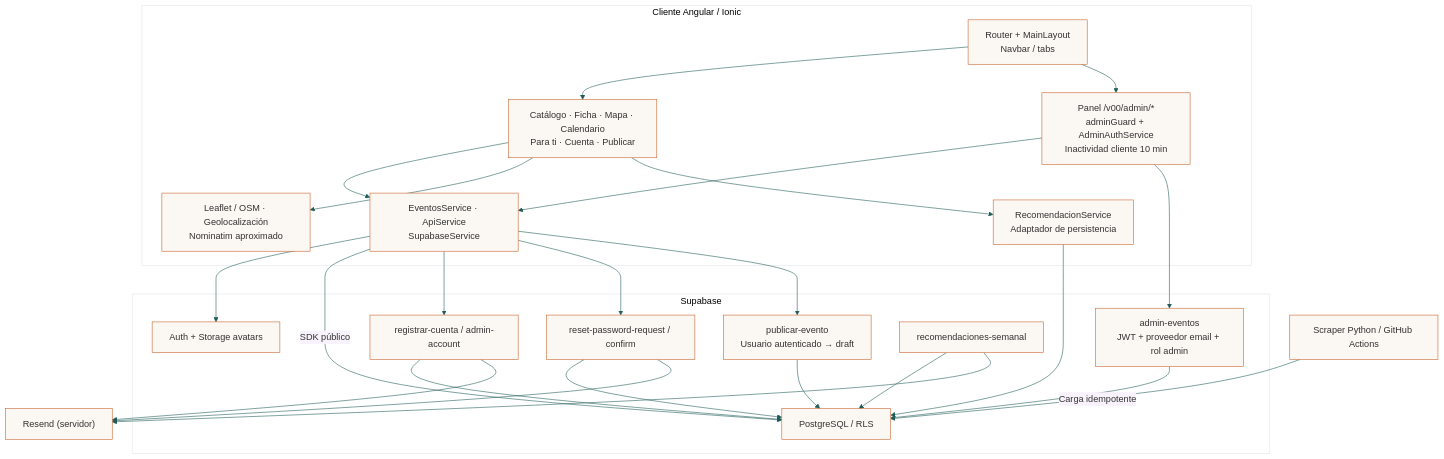
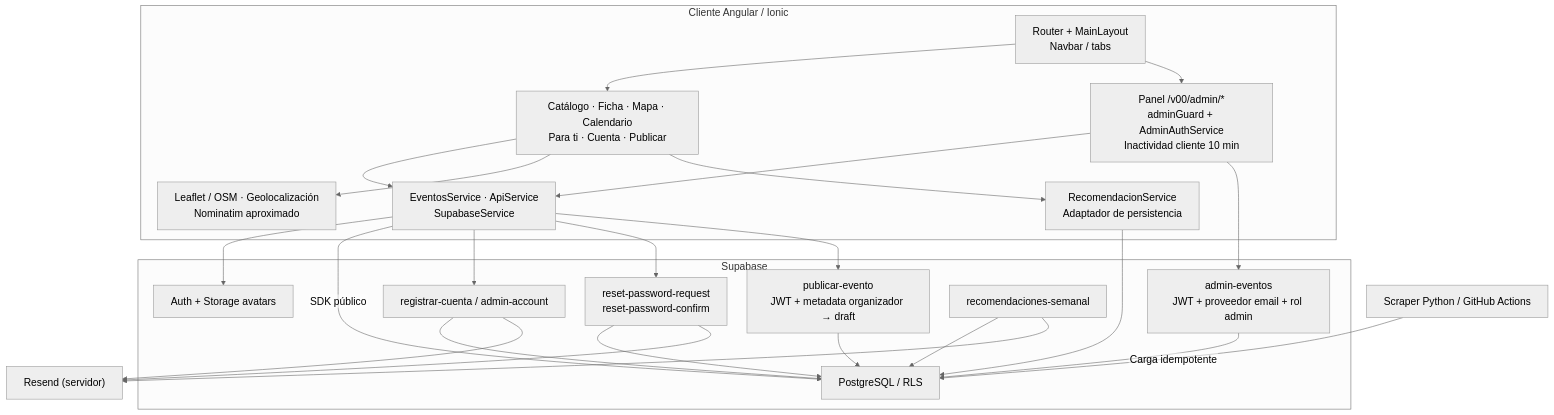
Before and after one commit to sunsitox/Proyecto_Capston_Evento_Cultural: the diagram in Fase 3/Evidencias Grupales/Documentacion Tecnica/Diagramas/02_componentes.mmd, drawn with Mermaid. The commit also changed 36 other files, not shown here.

```diff
--- a/Fase 3/Evidencias Grupales/Documentacion Tecnica/Diagramas/02_componentes.mmd
+++ b/Fase 3/Evidencias Grupales/Documentacion Tecnica/Diagramas/02_componentes.mmd
@@ -1,41 +1,41 @@
-%%{init: {"theme":"base","themeVariables":{"fontFamily":"Arial","fontSize":"16px","primaryColor":"#FBF7F2","primaryBorderColor":"#C9622D","lineColor":"#1F5C57"}}}%%
+%%{init: {"theme":"neutral","themeVariables":{"fontFamily":"Arial","fontSize":"18px"},"flowchart":{"htmlLabels":false,"wrappingWidth":260,"nodeSpacing":35,"rankSpacing":35}}}%%
 flowchart TB
   subgraph CLIENTE["Cliente Angular / Ionic"]
     ROUTER["Router + MainLayout<br/>Navbar / tabs"]
     PAGES["Catálogo · Ficha · Mapa · Calendario<br/>Para ti · Cuenta · Publicar"]
     ADMIN["Panel /v00/admin/*<br/>adminGuard + AdminAuthService<br/>Inactividad cliente 10 min"]
     SERVICES["EventosService · ApiService<br/>SupabaseService"]
     REC["RecomendacionService<br/>Adaptador de persistencia"]
     GEO["Leaflet / OSM · Geolocalización<br/>Nominatim aproximado"]
   end
   subgraph SERVER["Supabase"]
     AUTH["Auth + Storage avatars"]
     DB["PostgreSQL / RLS"]
     REG["registrar-cuenta / admin-account"]
-    RESET["reset-password-request / confirm"]
-    PUB["publicar-evento<br/>Usuario autenticado → draft"]
+    RESET["reset-password-request<br/>reset-password-confirm"]
+    PUB["publicar-evento<br/>JWT + metadata organizador → draft"]
     MOD["admin-eventos<br/>JWT + proveedor email + rol admin"]
     EMAIL["recomendaciones-semanal"]
   end
   ROUTER --> PAGES
   ROUTER --> ADMIN
   PAGES --> SERVICES
   PAGES --> GEO
   PAGES --> REC --> DB
   ADMIN --> SERVICES
   SERVICES --> AUTH
   SERVICES -->|"SDK público"| DB
   SERVICES --> REG
   SERVICES --> RESET
   SERVICES --> PUB
   ADMIN --> MOD
   REG --> DB
   RESET --> DB
   PUB --> DB
   MOD --> DB
   EMAIL --> DB
   SC["Scraper Python / GitHub Actions"] -->|"Carga idempotente"| DB
   MAIL["Resend (servidor)"]
   REG --> MAIL
   RESET --> MAIL
   EMAIL --> MAIL
```
